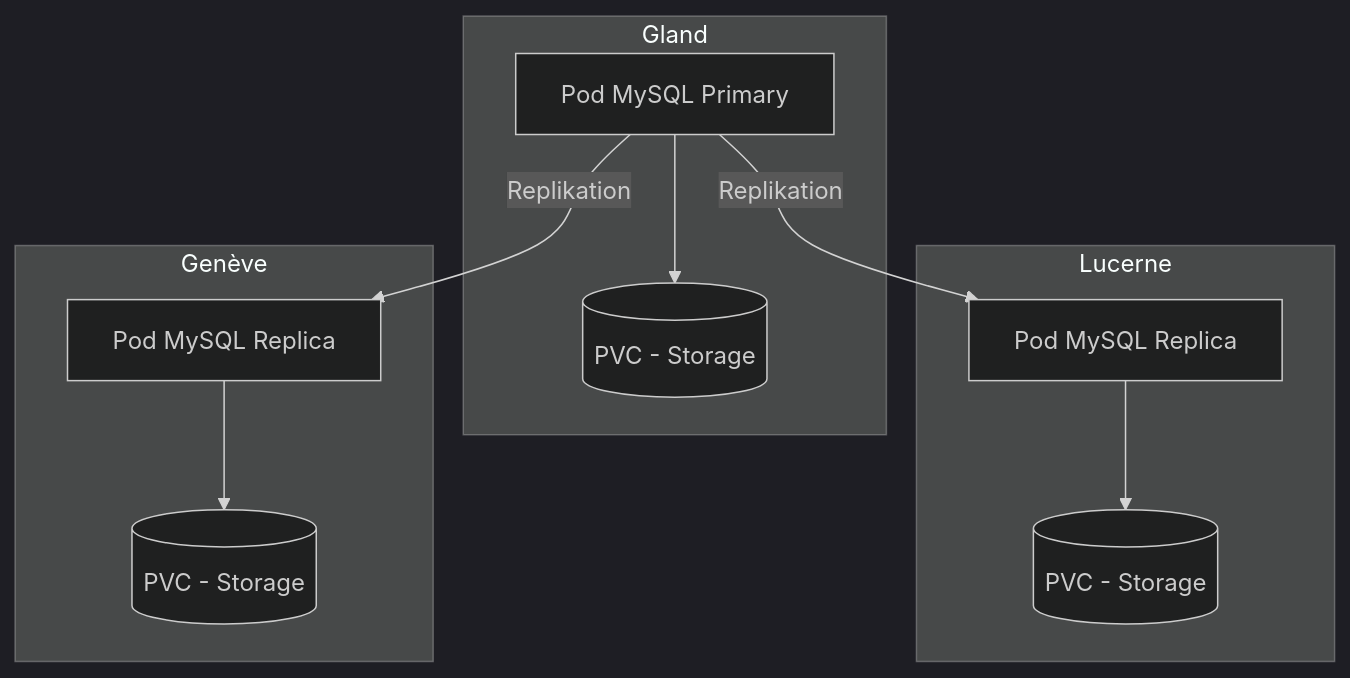
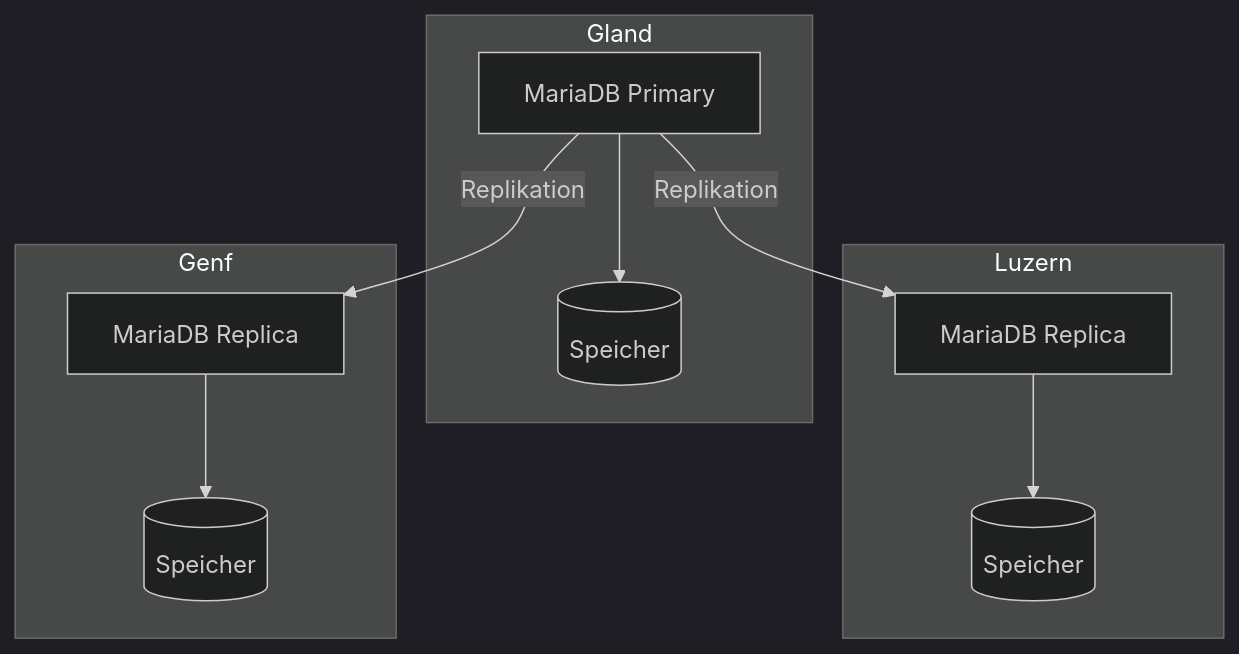
The diagram in i18n/de/docusaurus-plugin-content-docs/current/services/databases/mariadb/overview.md (HidoraSwiss/hikube-public-doc), drawn with Mermaid (dark theme) before and after one commit. The commit also changed other lines of this file and 148 other files, not shown here.

````diff
--- a/i18n/de/docusaurus-plugin-content-docs/current/services/databases/mariadb/overview.md
+++ b/i18n/de/docusaurus-plugin-content-docs/current/services/databases/mariadb/overview.md
@@ -29,17 +36,17 @@
 ```mermaid
 graph TD
     subgraph Gland
-        P1[Pod MySQL Primary] --> PVC1[(PVC - Storage)]
+        P1[MariaDB Primary] --> PVC1[(Speicher)]
     end
 
-    subgraph Lucerne
-        P2[Pod MySQL Replica] --> PVC2[(PVC - Storage)]
+    subgraph Luzern
+        P2[MariaDB Replica] --> PVC2[(Speicher)]
     end
 
-    subgraph Genève
-        P3[Pod MySQL Replica] --> PVC3[(PVC - Storage)]
+    subgraph Genf
+        P3[MariaDB Replica] --> PVC3[(Speicher)]
     end
 
     P1 -->|Replikation| P2
     P1 -->|Replikation| P3
 ```
````
